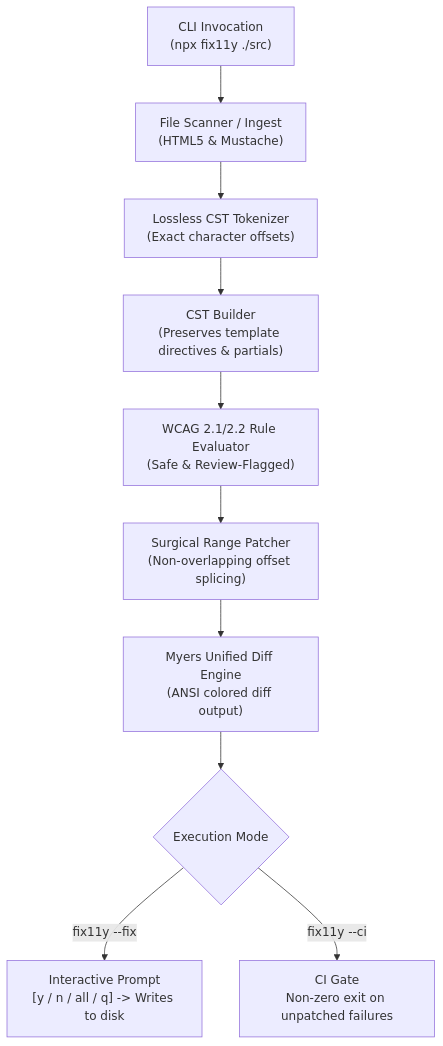
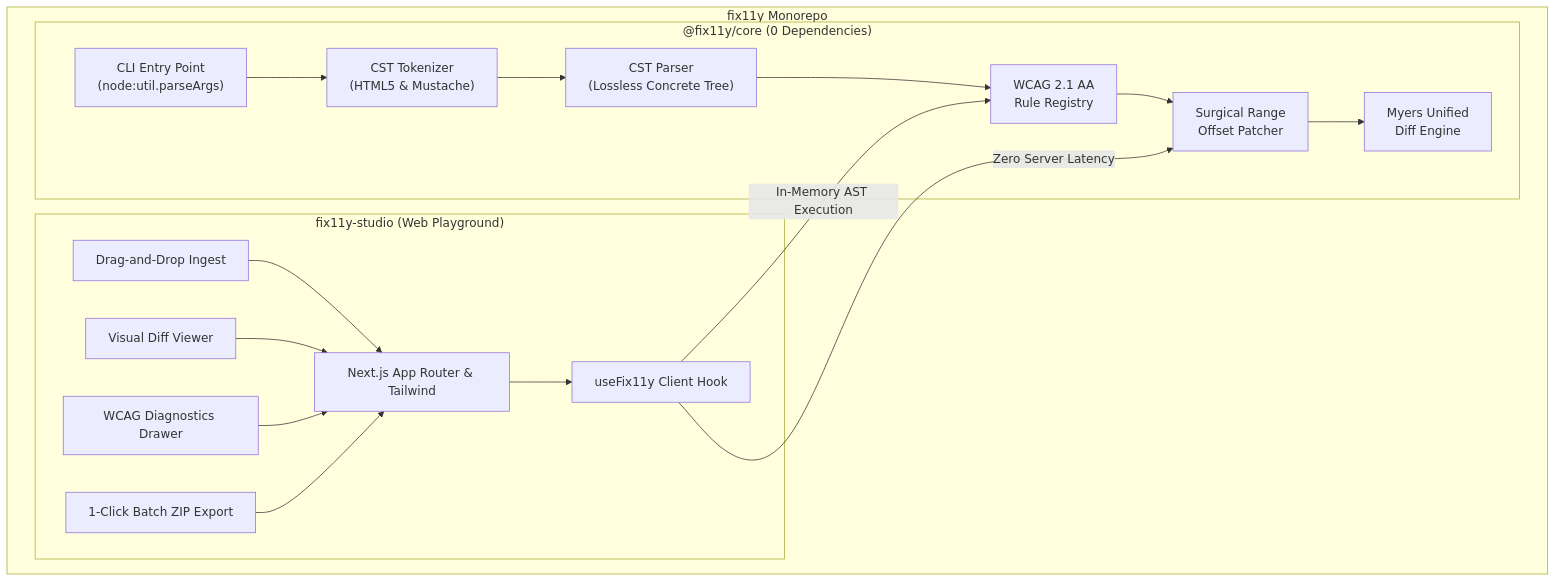
The diagram in README.md (13Dav-arc/fix11y), drawn with Mermaid before and after one commit. The commit also changed other lines of this file and 70 other files, not shown here.

Commit message:
feat: monorepo architecture and fix11y-studio web playground

````diff
--- a/README.md
+++ b/README.md
@@ -26,12 +20,31 @@
 ```mermaid
 flowchart TD
-    CLI["CLI Invocation\n(npx fix11y ./src)"] --> Scan["File Scanner / Ingest\n(HTML5 & Mustache)"]
-    Scan --> Lexer["Lossless CST Tokenizer\n(Exact character offsets)"]
-    Lexer --> CST["CST Builder\n(Preserves template directives & partials)"]
-    CST --> Rules["WCAG 2.1/2.2 Rule Evaluator\n(Safe & Review-Flagged)"]
-    Rules --> Patcher["Surgical Range Patcher\n(Non-overlapping offset splicing)"]
-    Patcher --> Diff["Myers Unified Diff Engine\n(ANSI colored diff output)"]
-    Diff --> Modes{"Execution Mode"}
-    Modes -->|"fix11y --fix"| Interactive["Interactive Prompt\n[y / n / all / q] -> Writes to disk"]
-    Modes -->|"fix11y --ci"| CI["CI Gate\nNon-zero exit on unpatched failures"]
+    subgraph fix11y Monorepo
+        subgraph packages/core ["@fix11y/core (0 Dependencies)"]
+            Tokenizer["CST Tokenizer<br/>(HTML5 & Mustache)"]
+            Parser["CST Parser<br/>(Lossless Concrete Tree)"]
+            Registry["WCAG 2.1 AA<br/>Rule Registry"]
+            Patcher["Surgical Range<br/>Offset Patcher"]
+            Myers["Myers Unified<br/>Diff Engine"]
+            CLI["CLI Entry Point<br/>(node:util.parseArgs)"]
+        end
+
+        subgraph apps/studio ["fix11y-studio (Web Playground)"]
+            Next["Next.js App Router & Tailwind"]
+            Hook["useFix11y Client Hook"]
+            Uploader["Drag-and-Drop Ingest"]
+            DiffView["Visual Diff Viewer"]
+            Drawer["WCAG Diagnostics Drawer"]
+            Zip["1-Click Batch ZIP Export"]
+        end
+    end
+
+    CLI --> Tokenizer --> Parser --> Registry --> Patcher --> Myers
+    Hook -->|In-Memory AST Execution| Registry
+    Hook -->|Zero Server Latency| Patcher
+    Next --> Hook
+    Uploader --> Next
+    DiffView --> Next
+    Drawer --> Next
+    Zip --> Next
 ```
````
